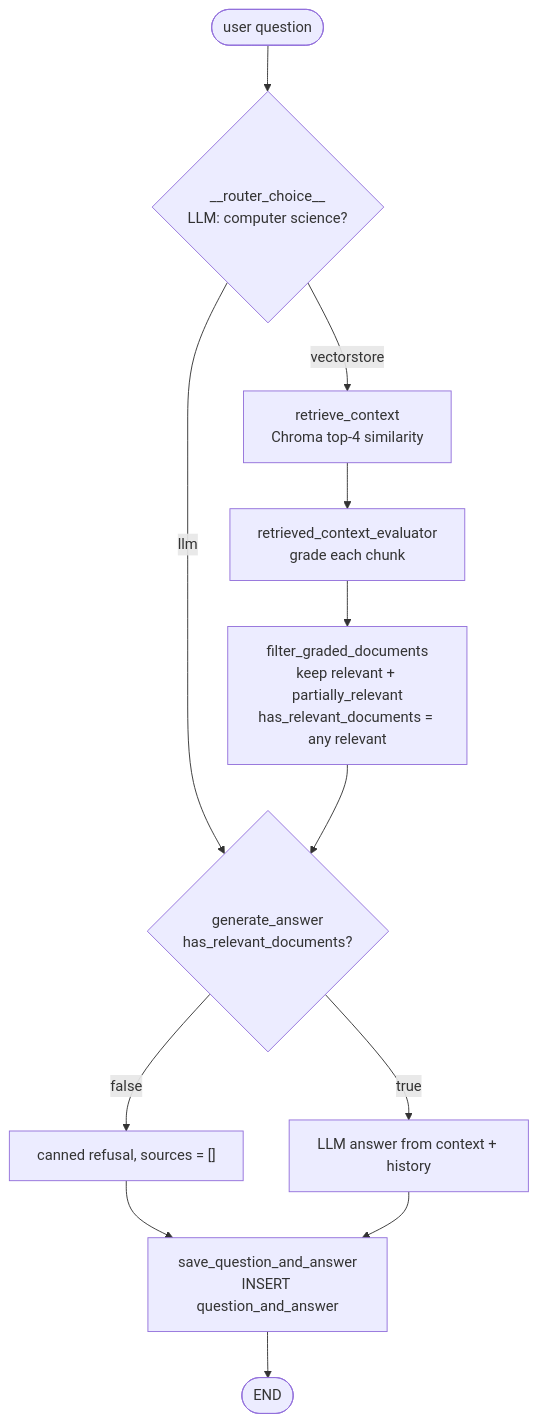
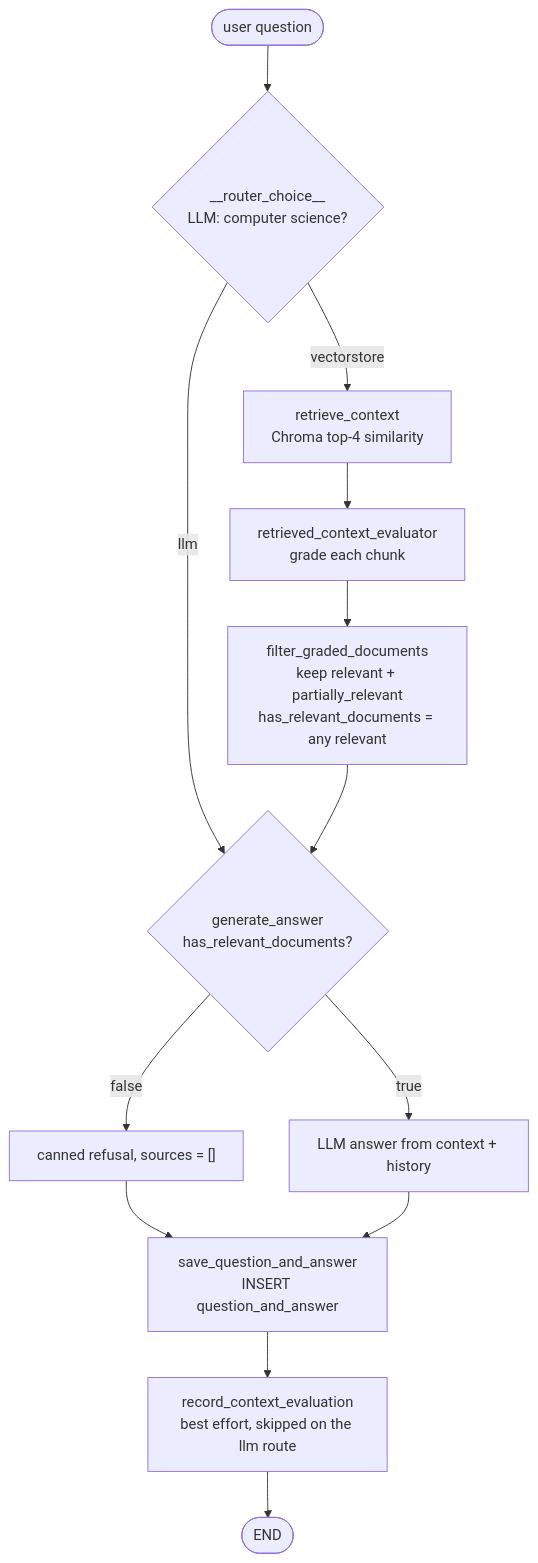
The fourth of 6 diagrams in docs/ARCHITECTURE.md (PosWeb2025Acd/TutorIA), drawn with Mermaid before and after one commit. The commit also changed other lines of this file and 41 other files, not shown here.

````diff
--- a/docs/ARCHITECTURE.md
+++ b/docs/ARCHITECTURE.md
@@ -110,14 +113,15 @@
 ```mermaid
 flowchart TD
     q([user question]) --> router{"__router_choice__<br/>LLM: computer science?"}
     router -- vectorstore --> retrieve["retrieve_context<br/>Chroma top-4 similarity"]
     router -- llm --> generate
     retrieve --> evaluate["retrieved_context_evaluator<br/>grade each chunk"]
     evaluate --> filter["filter_graded_documents<br/>keep relevant + partially_relevant<br/>has_relevant_documents = any relevant"]
     filter --> generate{"generate_answer<br/>has_relevant_documents?"}
     generate -- false --> refuse["canned refusal, sources = []"]
     generate -- true --> answer["LLM answer from context + history"]
     refuse --> save["save_question_and_answer<br/>INSERT question_and_answer"]
     answer --> save
-    save --> e([END])
+    save --> record["record_context_evaluation<br/>best effort, skipped on the llm route"]
+    record --> e([END])
 ```
````
